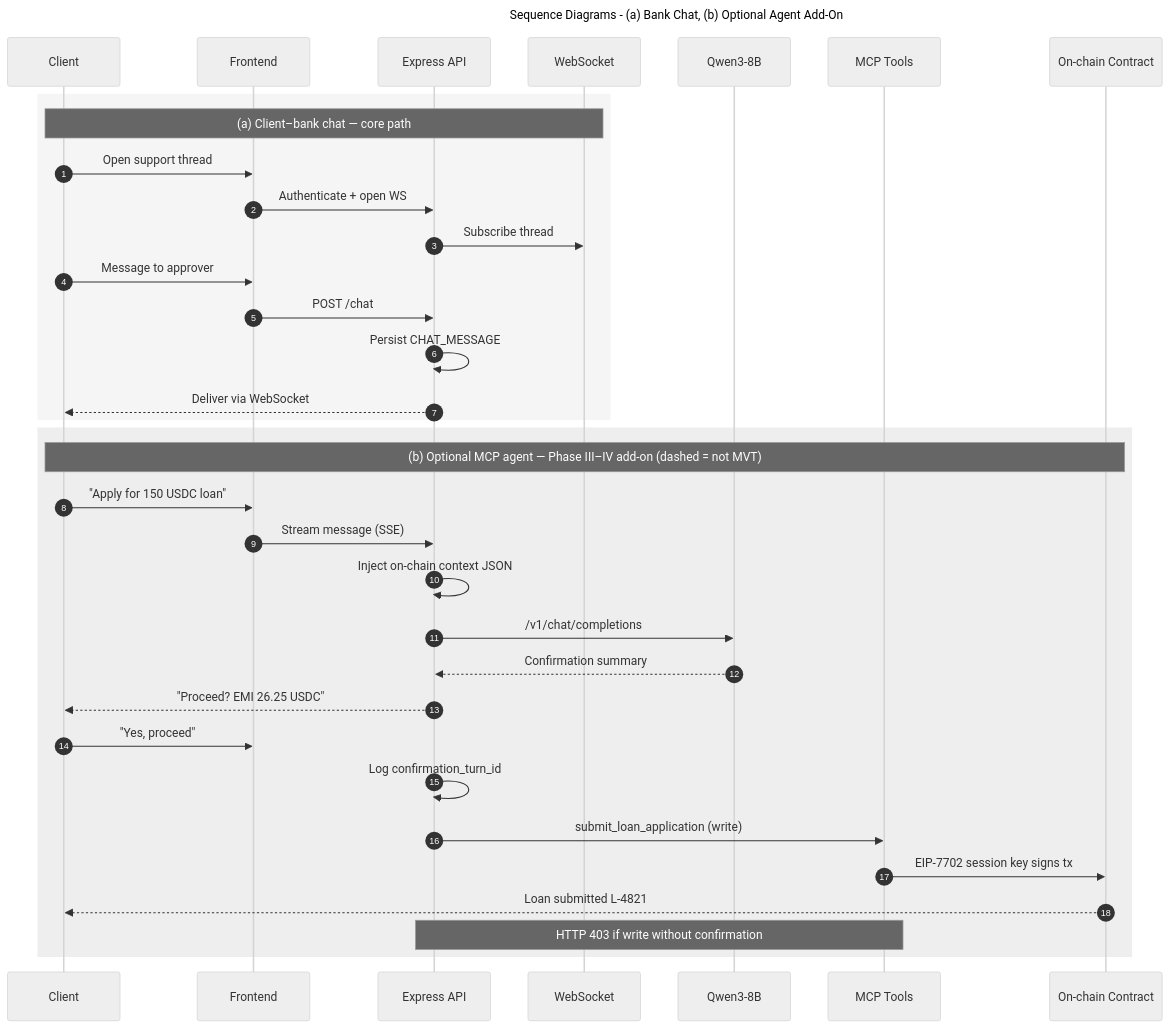
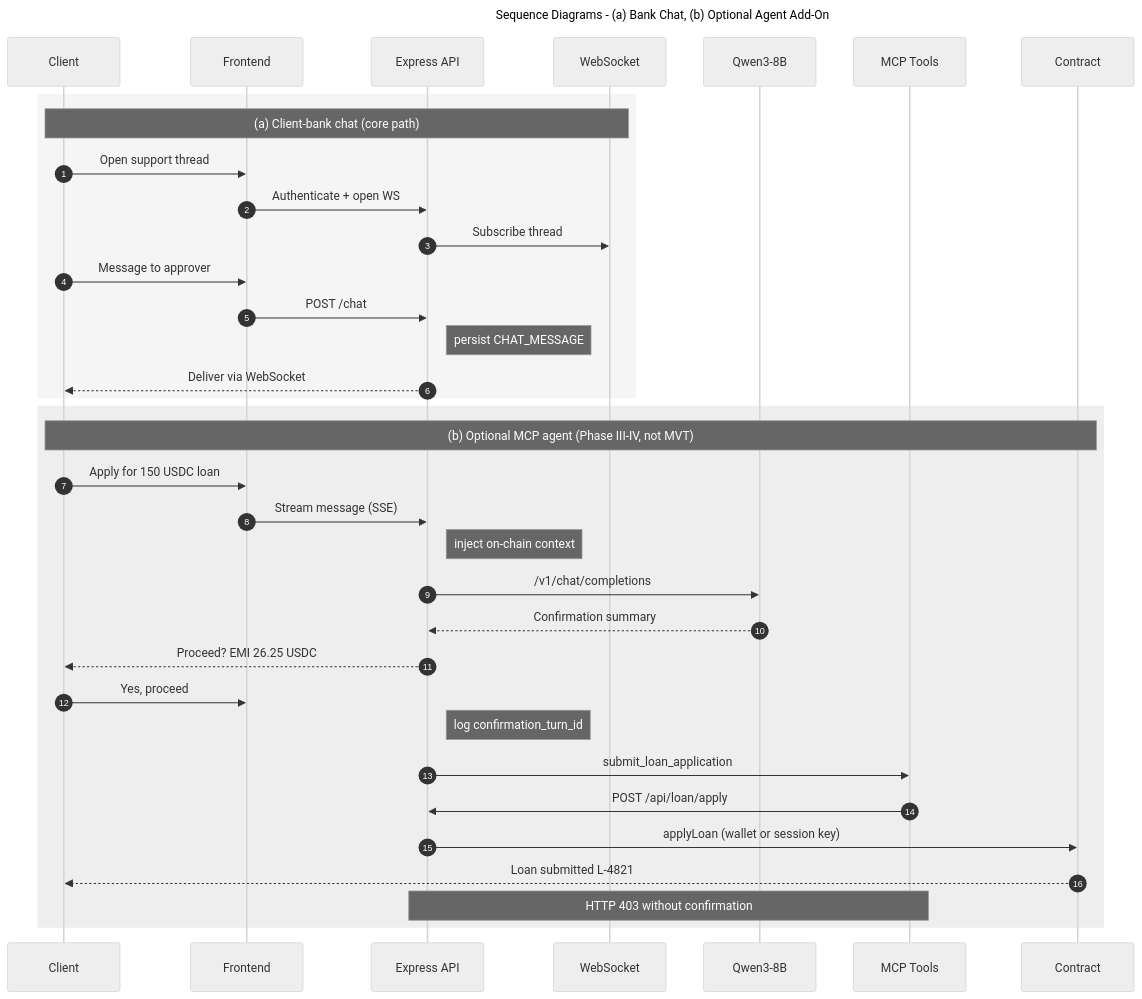
One commit to Yuvraajrahman/Cryto-World-Bank changed the diagram in Documentation/Diagrams/mermaid-src/improved diagrams/fig-seq-chat-chatbot.mmd. Above: the diagram before and after it, drawn with Mermaid (neutral theme). The commit also changed 214 other files, not shown here.

Commit message:
diagram updated

```diff
--- a/Documentation/Diagrams/mermaid-src/improved diagrams/fig-seq-chat-chatbot.mmd
+++ b/Documentation/Diagrams/mermaid-src/improved diagrams/fig-seq-chat-chatbot.mmd
@@ -1,39 +1,40 @@
 ---
 title: Sequence Diagrams - (a) Bank Chat, (b) Optional Agent Add-On
 ---
 sequenceDiagram
     autonumber
     participant U as Client
     participant FE as Frontend
     participant API as Express API
     participant WS as WebSocket
     participant LLM as Qwen3-8B
     participant MCP as MCP Tools
-    participant SC as On-chain Contract
+    participant SC as Contract
 
     rect rgb(245,245,245)
-        Note over U,WS: (a) Client–bank chat — core path
+        Note over U,WS: (a) Client-bank chat (core path)
         U->>FE: Open support thread
         FE->>API: Authenticate + open WS
         API->>WS: Subscribe thread
         U->>FE: Message to approver
         FE->>API: POST /chat
-        API->>API: Persist CHAT_MESSAGE
+        Note right of API: persist CHAT_MESSAGE
         API-->>U: Deliver via WebSocket
     end
 
     rect rgb(238,238,238)
-        Note over U,SC: (b) Optional MCP agent — Phase III–IV add-on (dashed = not MVT)
-        U->>FE: "Apply for 150 USDC loan"
+        Note over U,SC: (b) Optional MCP agent (Phase III-IV, not MVT)
+        U->>FE: Apply for 150 USDC loan
         FE->>API: Stream message (SSE)
-        API->>API: Inject on-chain context JSON
+        Note right of API: inject on-chain context
         API->>LLM: /v1/chat/completions
         LLM-->>API: Confirmation summary
-        API-->>U: "Proceed? EMI 26.25 USDC"
-        U->>FE: "Yes, proceed"
-        API->>API: Log confirmation_turn_id
-        API->>MCP: submit_loan_application (write)
-        MCP->>SC: EIP-7702 session key signs tx
+        API-->>U: Proceed? EMI 26.25 USDC
+        U->>FE: Yes, proceed
+        Note right of API: log confirmation_turn_id
+        API->>MCP: submit_loan_application
+        MCP->>API: POST /api/loan/apply
+        API->>SC: applyLoan (wallet or session key)
         SC-->>U: Loan submitted L-4821
-        Note over API,MCP: HTTP 403 if write without confirmation
+        Note over API,MCP: HTTP 403 without confirmation
     end
```
